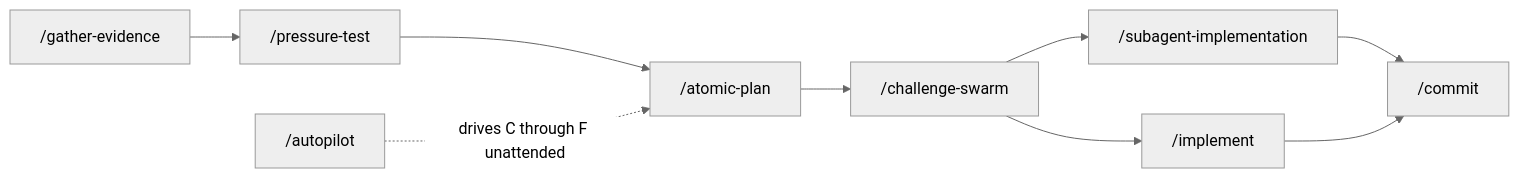
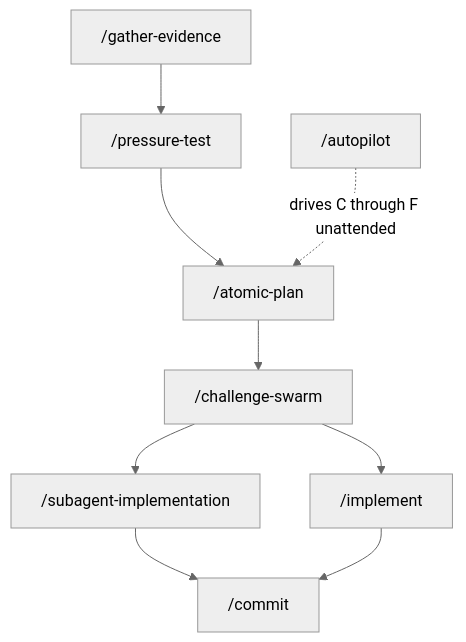
One commit to damusix/atomic-claude changed the first of 7 diagrams in docs/wiki/workflow.md. Above: the diagram before and after it, drawn with Mermaid (neutral theme). The commit also changed other lines of this file and 11 other files, not shown here.

````diff
--- a/docs/wiki/workflow.md
+++ b/docs/wiki/workflow.md
@@ -23,11 +23,11 @@
 ```mermaid
-flowchart LR
+flowchart TD
     A["/gather-evidence"] --> B["/pressure-test"]
     B --> C["/atomic-plan"]
     C --> D["/challenge-swarm"]
     D --> E["/subagent-implementation"]
     D --> H["/implement"]
     E --> F["/commit"]
     H --> F
     G["/autopilot"] -. drives C through F unattended .-> C
 ```
````
